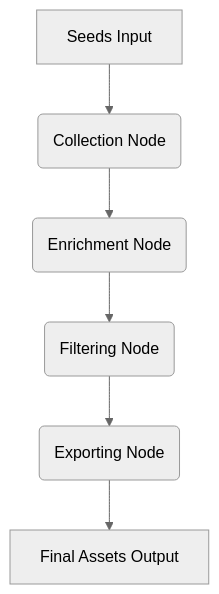
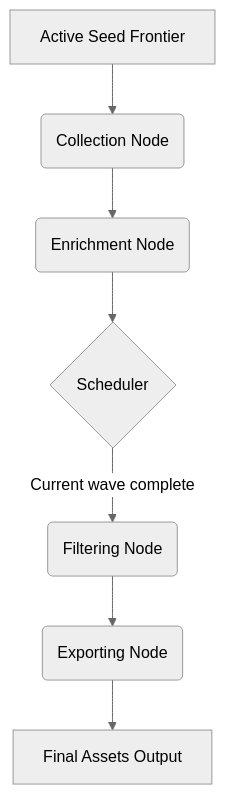
The diagram in ARCHITECTURE.md (roaguirre/asset-discovery), drawn with Mermaid (neutral theme) before and after one commit. The commit also changed other lines of this file and 13 other files, not shown here.

````diff
--- a/ARCHITECTURE.md
+++ b/ARCHITECTURE.md
@@ -19,8 +21,9 @@
 ```mermaid
 graph TD
-    A[Seeds Input] --> B(Collection Node)
+    A[Active Seed Frontier] --> B(Collection Node)
     B --> C(Enrichment Node)
-    C --> D(Filtering Node)
-    D --> E(Exporting Node)
-    E --> F[Final Assets Output]
+    C --> D{Scheduler}
+    D -->|Current wave complete| E(Filtering Node)
+    E --> F(Exporting Node)
+    F --> G[Final Assets Output]
 ```
````
